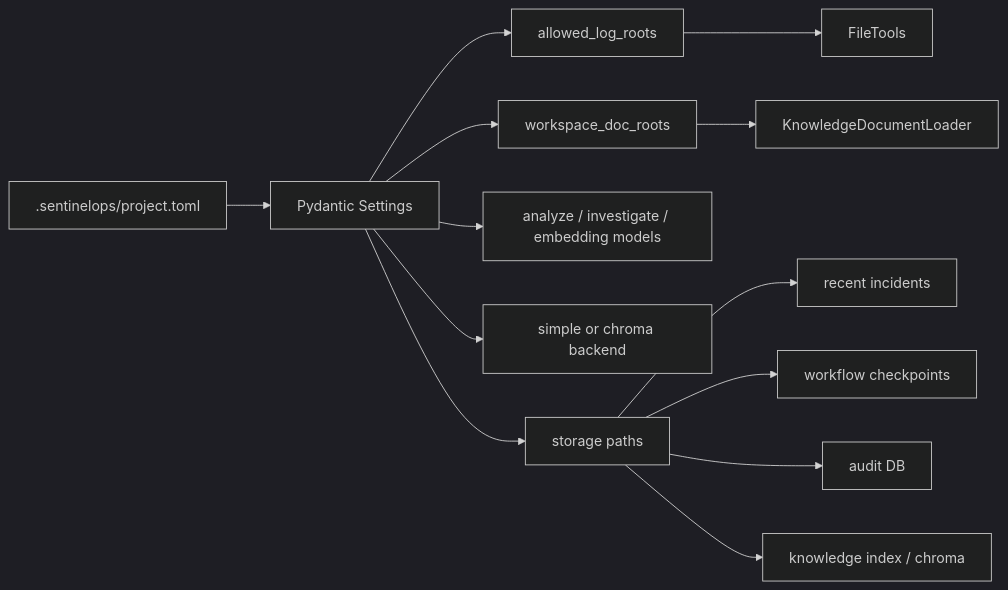
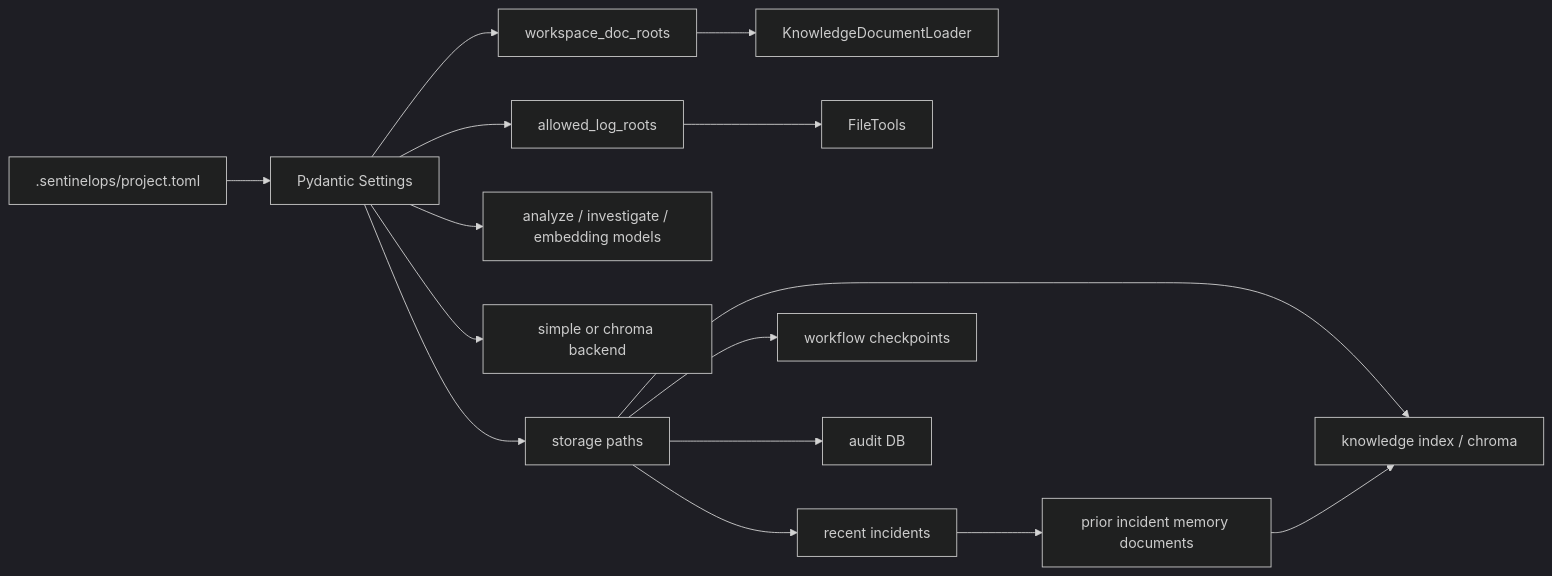
The seventh of 9 diagrams in docs/architecture.md (saikumar1767/Sentinel-Ops), drawn with Mermaid (dark theme) before and after one commit. The commit also changed other lines of this file and 43 other files, not shown here.

````diff
--- a/docs/architecture.md
+++ b/docs/architecture.md
@@ -173,15 +200,17 @@
 ```mermaid
 flowchart LR
     Manifest[".sentinelops/project.toml"] --> Settings["Pydantic Settings"]
     Settings --> LogRoots["allowed_log_roots"]
     Settings --> DocRoots["workspace_doc_roots"]
     Settings --> Models["analyze / investigate / embedding models"]
     Settings --> Backend["simple or chroma backend"]
     Settings --> Storage["storage paths"]
     DocRoots --> Loader["KnowledgeDocumentLoader"]
     LogRoots --> Tools["FileTools"]
     Storage --> Incidents["recent incidents"]
     Storage --> Workflow["workflow checkpoints"]
     Storage --> Audit["audit DB"]
     Storage --> Index["knowledge index / chroma"]
+    Incidents --> Memory["prior incident memory documents"]
+    Memory --> Index
 ```
````
